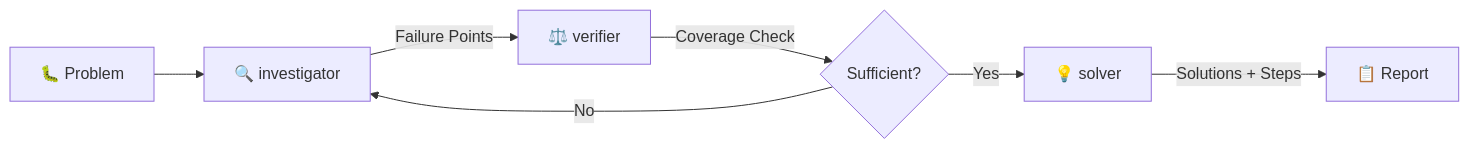
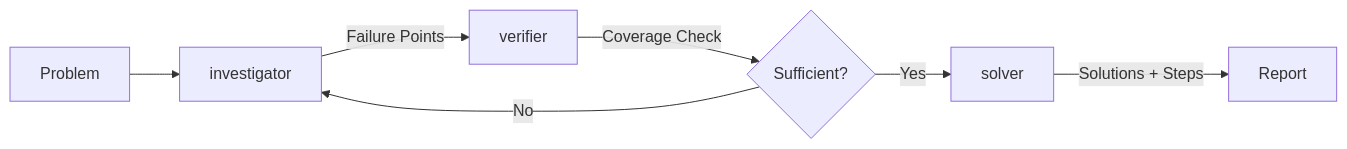
The second of 2 diagrams in README.md (jcchikikomori/my-claude-code-workflows), drawn with Mermaid before and after one commit. The commit also changed other lines of this file and 184 other files, not shown here.

````diff
--- a/README.md
+++ b/README.md
@@ -190,9 +109,9 @@
 ```mermaid
 graph LR
-    P[🐛 Problem] --> INV[🔍 investigator]
-    INV --> |Failure Points| VER[⚖️ verifier]
+    P[Problem] --> INV[investigator]
+    INV --> |Failure Points| VER[verifier]
     VER --> |Coverage Check| COV{Sufficient?}
-    COV --> |Yes| SOL[💡 solver]
+    COV --> |Yes| SOL[solver]
     COV --> |No| INV
-    SOL --> |Solutions + Steps| R[📋 Report]
+    SOL --> |Solutions + Steps| R[Report]
 ```
````
